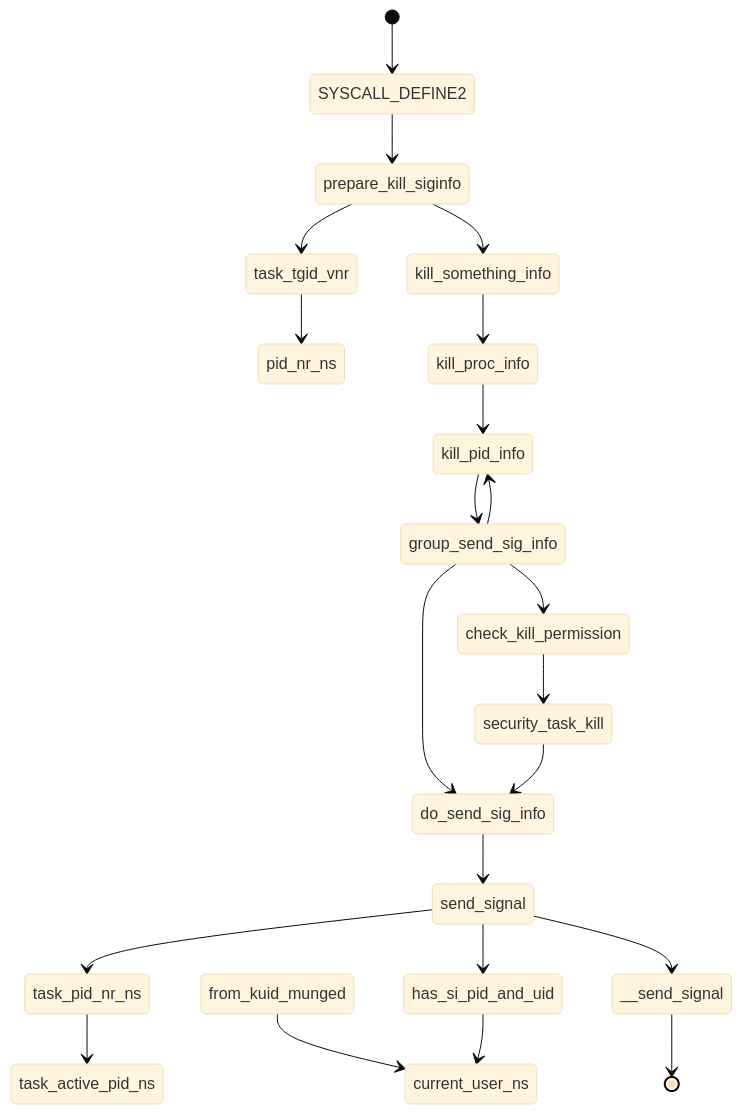
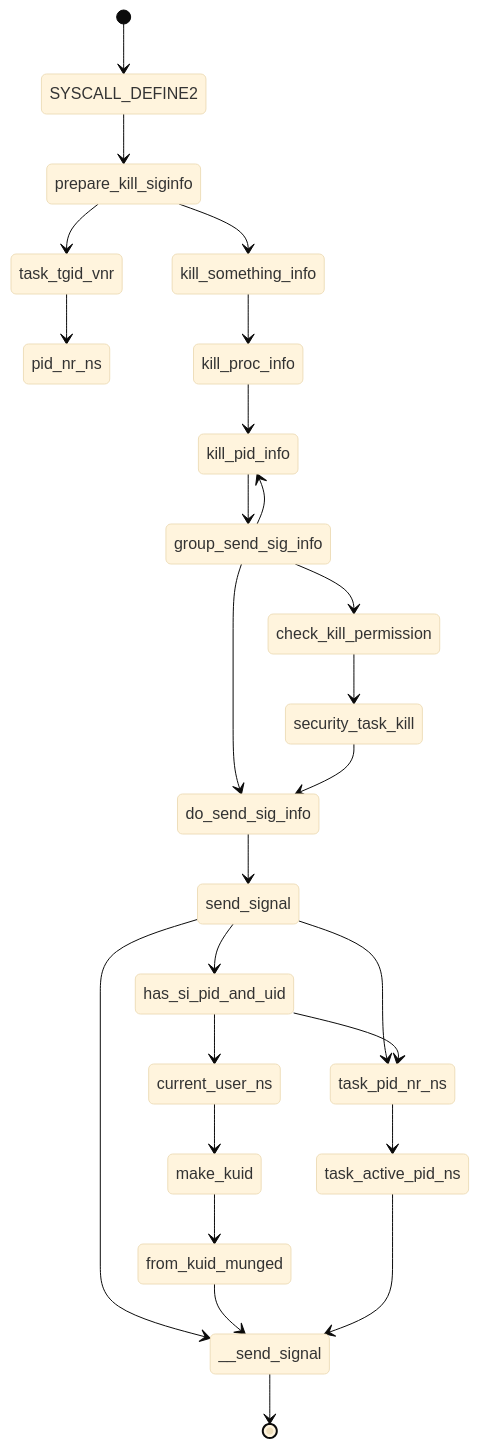
Before and after one commit to dreamcoin1998/container_virtual_learning: the diagram in Docker学习相关/容器虚拟化相关问题/docker内的init进程是否能被SIGKILL或SIGTERM杀死.md, drawn with Mermaid (base theme).

````diff
--- a/Docker学习相关/容器虚拟化相关问题/docker内的init进程是否能被SIGKILL或SIGTERM杀死.md
+++ b/Docker学习相关/容器虚拟化相关问题/docker内的init进程是否能被SIGKILL或SIGTERM杀死.md
@@ -544,24 +544,28 @@
 ```mermaid
 stateDiagram
     [*] --> SYSCALL_DEFINE2
     SYSCALL_DEFINE2 --> prepare_kill_siginfo
     prepare_kill_siginfo --> task_tgid_vnr
     task_tgid_vnr --> pid_nr_ns
-    from_kuid_munged --> current_user_ns
     prepare_kill_siginfo --> kill_something_info
     kill_something_info --> kill_proc_info
     kill_proc_info --> kill_pid_info
     kill_pid_info --> group_send_sig_info
     group_send_sig_info --> kill_pid_info
     group_send_sig_info --> check_kill_permission
     group_send_sig_info --> do_send_sig_info
     check_kill_permission --> security_task_kill
     security_task_kill --> do_send_sig_info
     do_send_sig_info --> send_signal
     send_signal --> task_pid_nr_ns
     send_signal --> has_si_pid_and_uid
     has_si_pid_and_uid --> current_user_ns
+    has_si_pid_and_uid --> task_pid_nr_ns
+    current_user_ns --> make_kuid
+    make_kuid --> from_kuid_munged
     task_pid_nr_ns --> task_active_pid_ns
     send_signal --> __send_signal
+    from_kuid_munged --> __send_signal
+    task_active_pid_ns --> __send_signal
     __send_signal --> [*]
 ```
````
